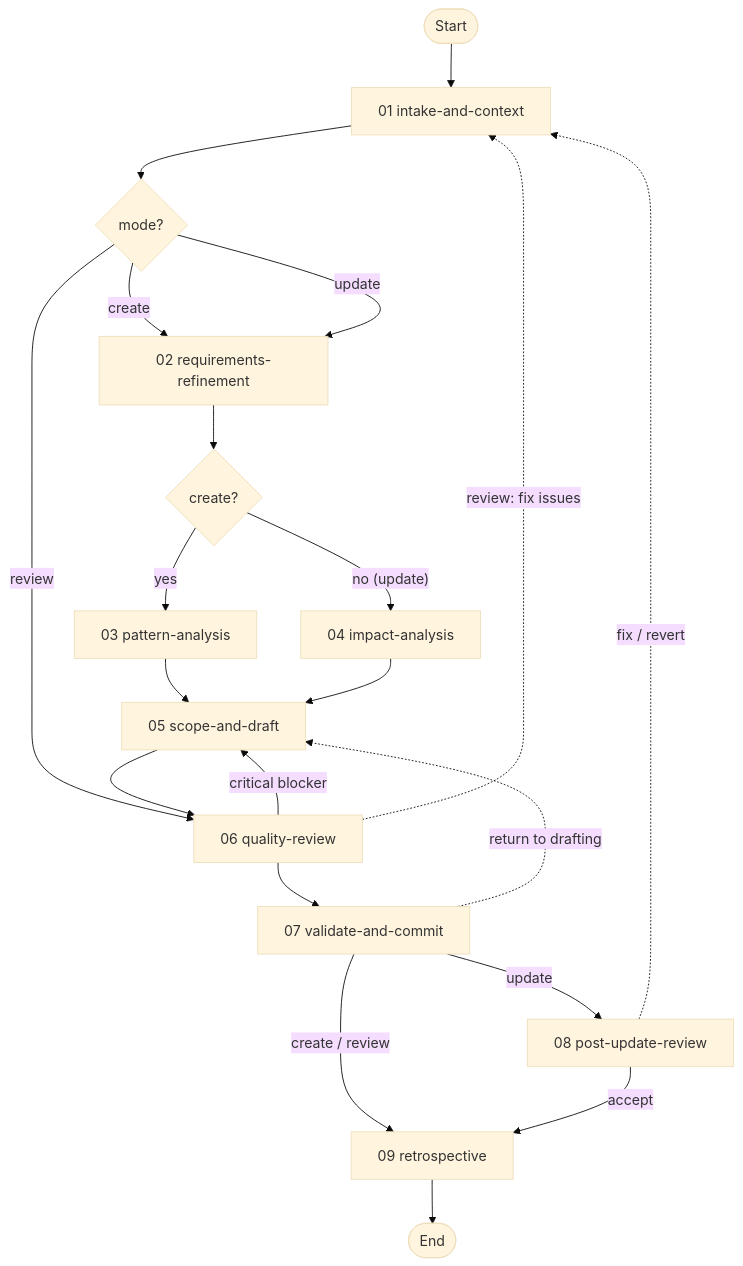
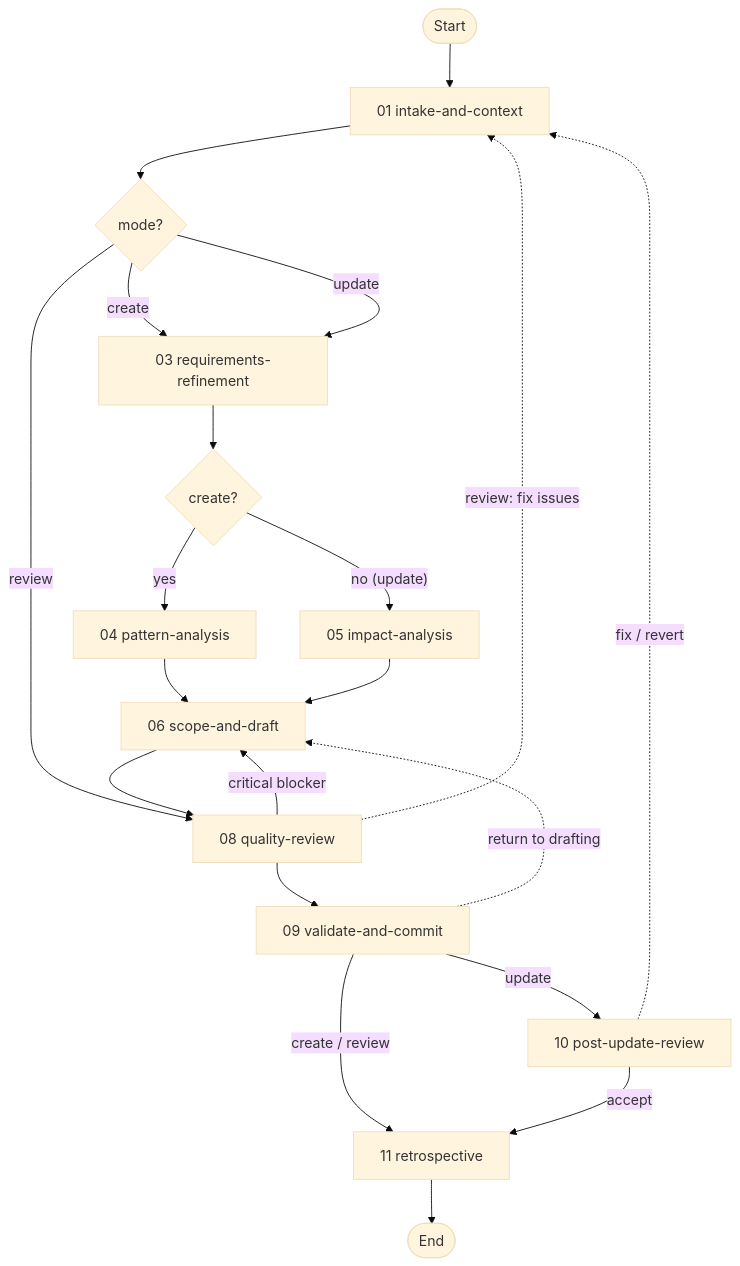
Before and after one commit to m2ux/workflow-server: the diagram in workflow-design/README.md, drawn with Mermaid (base theme). The commit also changed other lines of this file and 15 other files, not shown here.

````diff
--- a/workflow-design/README.md
+++ b/workflow-design/README.md
@@ -43,29 +43,29 @@
 ```mermaid
 graph TD
     startNode(["Start"]) --> INT["01 intake-and-context"]
 
     INT --> MODE{"mode?"}
-    MODE -->|"create"| REQ["02 requirements-refinement"]
+    MODE -->|"create"| REQ["03 requirements-refinement"]
     MODE -->|"update"| REQ
     MODE -->|"review"| QR
 
     REQ --> CREATE{"create?"}
-    CREATE -->|"yes"| PAT["03 pattern-analysis"]
-    CREATE -->|"no (update)"| IMP["04 impact-analysis"]
+    CREATE -->|"yes"| PAT["04 pattern-analysis"]
+    CREATE -->|"no (update)"| IMP["05 impact-analysis"]
 
-    PAT --> SCD["05 scope-and-draft"]
+    PAT --> SCD["06 scope-and-draft"]
     IMP --> SCD
 
-    SCD --> QR["06 quality-review"]
+    SCD --> QR["08 quality-review"]
 
     QR -->|"critical blocker"| SCD
     QR -.->|"review: fix issues"| INT
-    QR --> VAL["07 validate-and-commit"]
+    QR --> VAL["09 validate-and-commit"]
     VAL -.->|"return to drafting"| SCD
 
-    VAL -->|"create / review"| RETRO["09 retrospective"]
-    VAL -->|"update"| PUR["08 post-update-review"]
+    VAL -->|"create / review"| RETRO["11 retrospective"]
+    VAL -->|"update"| PUR["10 post-update-review"]
     PUR -->|"accept"| RETRO
     PUR -.->|"fix / revert"| INT
     RETRO --> doneNode(["End"])
 ```
````
